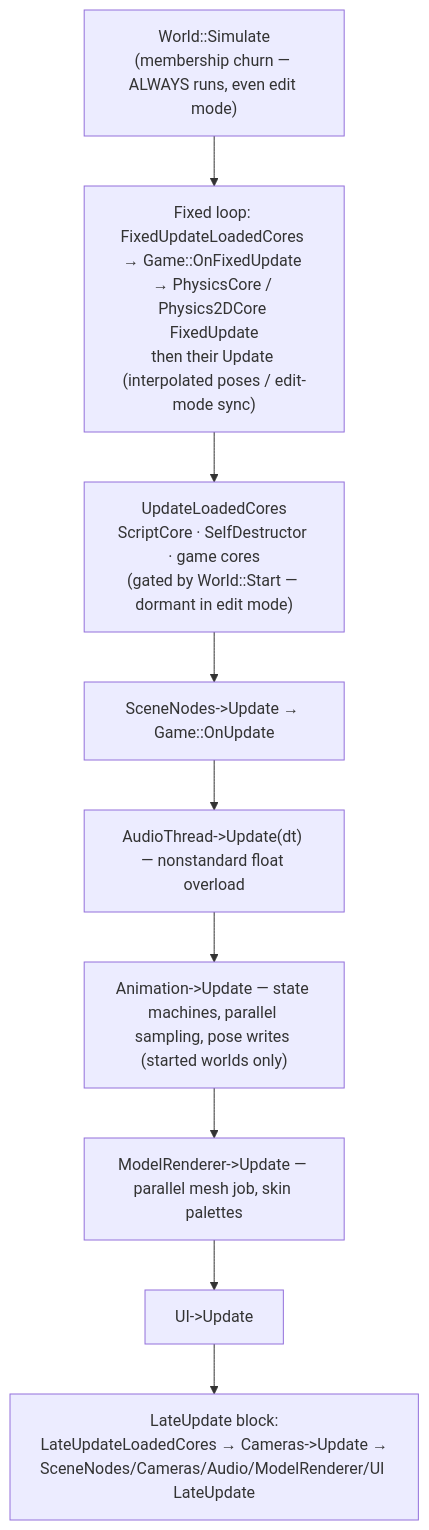
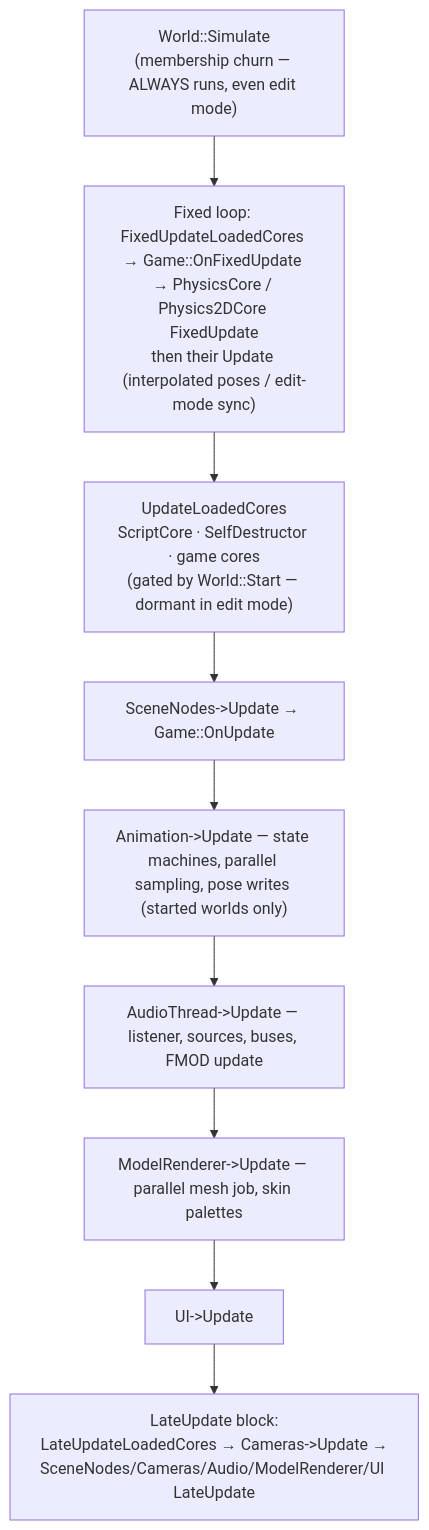
The diagram in Docs/Cores-and-Components-Reference.md (wobbier/MitchEngine), drawn with Mermaid before and after one commit. The commit also changed other lines of this file and 8 other files, not shown here.

````diff
--- a/Docs/Cores-and-Components-Reference.md
+++ b/Docs/Cores-and-Components-Reference.md
@@ -31,11 +31,11 @@
 ```mermaid
 flowchart TD
     A["World::Simulate<br/>(membership churn — ALWAYS runs, even edit mode)"] --> P["Fixed loop: FixedUpdateLoadedCores → Game::OnFixedUpdate → PhysicsCore / Physics2DCore FixedUpdate<br/>then their Update (interpolated poses / edit-mode sync)"]
     P --> B["UpdateLoadedCores<br/>ScriptCore · SelfDestructor · game cores<br/>(gated by World::Start — dormant in edit mode)"]
     B --> C["SceneNodes->Update → Game::OnUpdate"]
-    C --> D["AudioThread->Update(dt) — nonstandard float overload"]
-    D --> D2["Animation->Update — state machines, parallel sampling, pose writes (started worlds only)"]
-    D2 --> E["ModelRenderer->Update — parallel mesh job, skin palettes"]
+    C --> D2["Animation->Update — state machines, parallel sampling, pose writes (started worlds only)"]
+    D2 --> D["AudioThread->Update — listener, sources, buses, FMOD update"]
+    D --> E["ModelRenderer->Update — parallel mesh job, skin palettes"]
     E --> F["UI->Update"]
     F --> G["LateUpdate block:<br/>LateUpdateLoadedCores → Cameras->Update →<br/>SceneNodes/Cameras/Audio/ModelRenderer/UI LateUpdate"]
 ```
````
